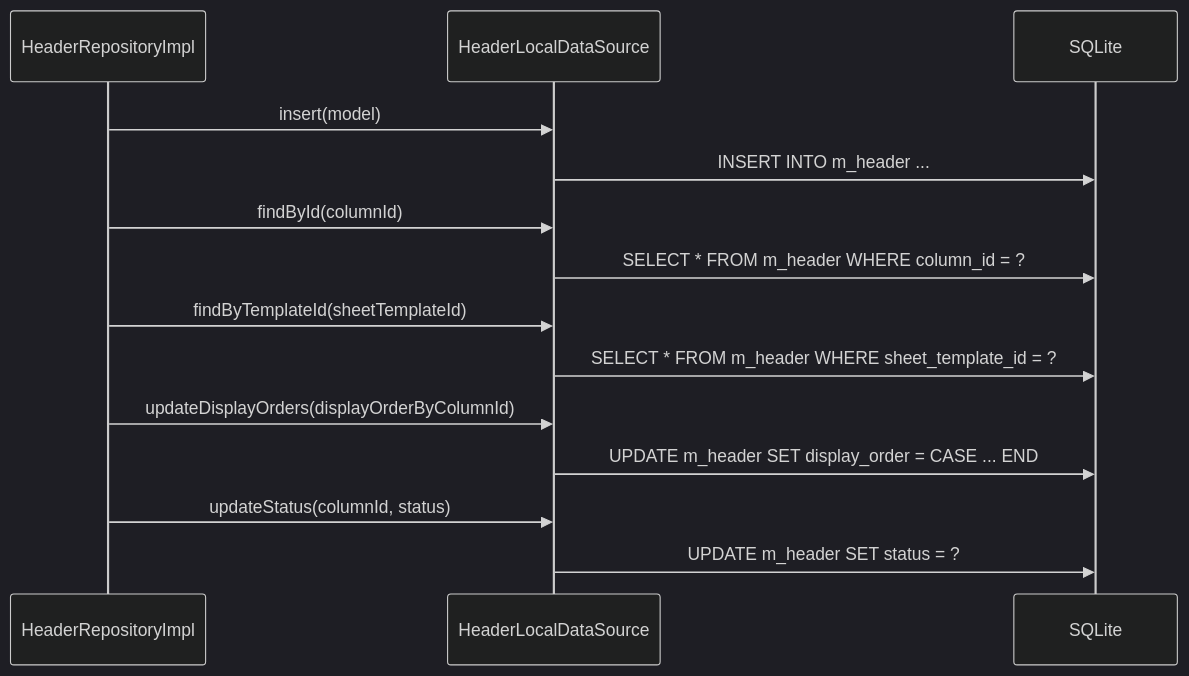
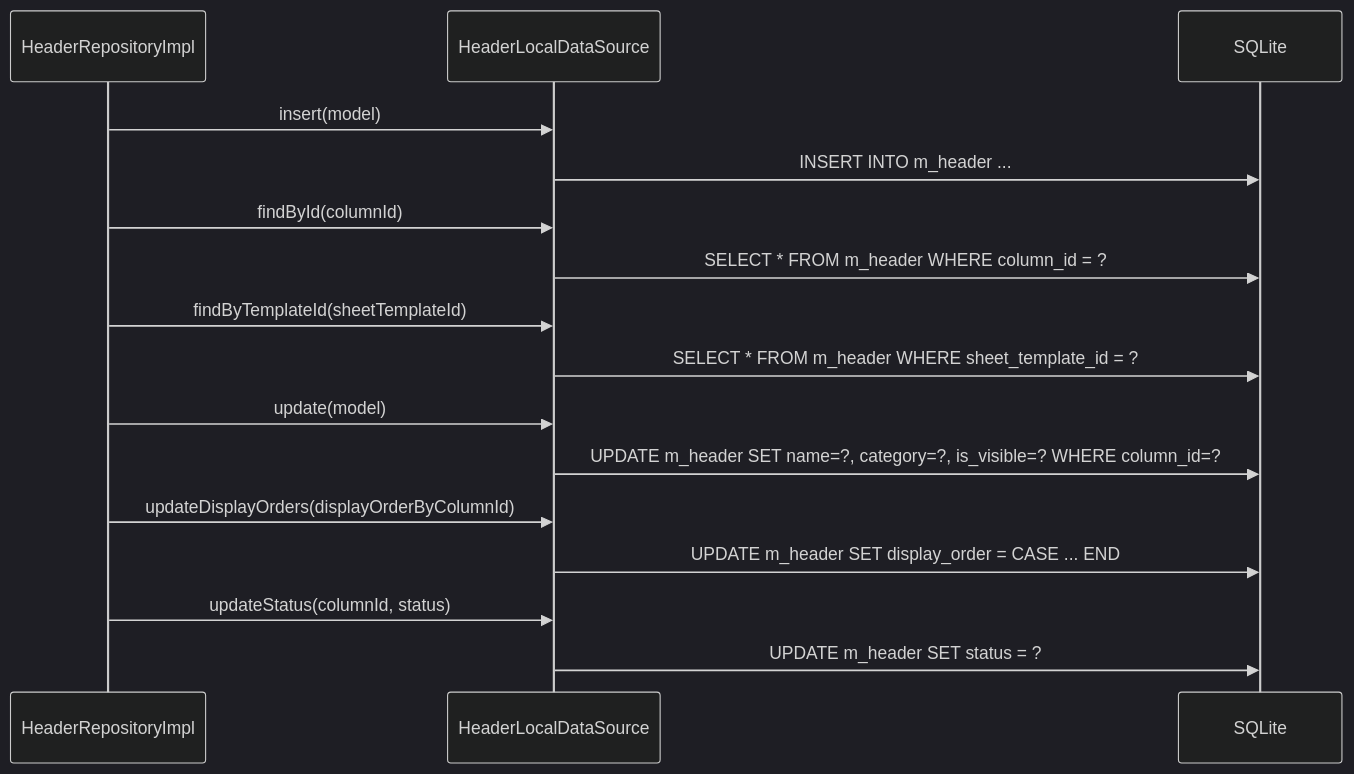
One commit to MinamiyamaKotaro/m3_pad changed the diagram in docs/design/lib/src/features/voucher/data/datasources/header_local_datasource.md. Above: the diagram before and after it, drawn with Mermaid (dark theme). The commit also changed other lines of this file and 90 other files, not shown here.

````diff
--- a/docs/design/lib/src/features/voucher/data/datasources/header_local_datasource.md
+++ b/docs/design/lib/src/features/voucher/data/datasources/header_local_datasource.md
@@ -13,17 +14,19 @@
 ```mermaid
 sequenceDiagram
     participant R as HeaderRepositoryImpl
     participant D as HeaderLocalDataSource
     participant DB as SQLite
 
     R->>D: insert(model)
     D->>DB: INSERT INTO m_header ...
     R->>D: findById(columnId)
     D->>DB: SELECT * FROM m_header WHERE column_id = ?
     R->>D: findByTemplateId(sheetTemplateId)
     D->>DB: SELECT * FROM m_header WHERE sheet_template_id = ?
+    R->>D: update(model)
+    D->>DB: UPDATE m_header SET name=?, category=?, is_visible=? WHERE column_id=?
     R->>D: updateDisplayOrders(displayOrderByColumnId)
     D->>DB: UPDATE m_header SET display_order = CASE ... END
     R->>D: updateStatus(columnId, status)
     D->>DB: UPDATE m_header SET status = ?
 ```
````
